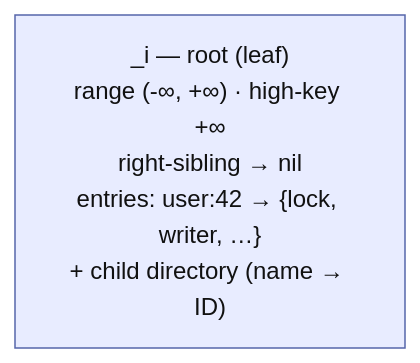
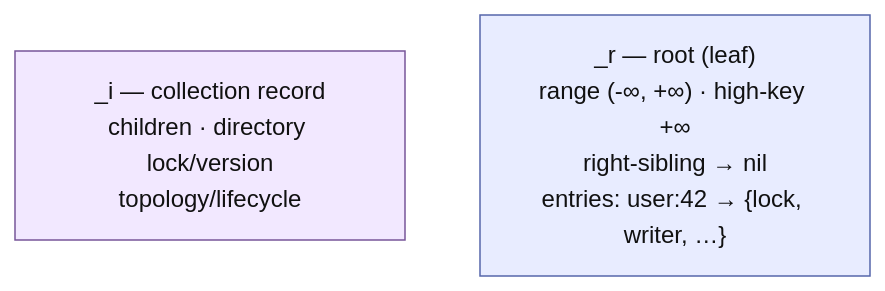
One commit to mbrt/glassdb-rs changed the first of 5 diagrams in docs/designs/dynamic-range-sharding.md. Above: the diagram before and after it, drawn with Mermaid. The commit also changed other lines of this file and 33 other files, not shown here.

Commit message:
Refactor: Separate out collection record

````diff
--- a/docs/designs/dynamic-range-sharding.md
+++ b/docs/designs/dynamic-range-sharding.md
@@ -137,7 +139,10 @@
 ```mermaid
 graph TD
-    Root["_i — root (leaf)<br/>range (-∞, +∞) · high-key +∞<br/>right-sibling → nil<br/>entries: user:42 → {lock, writer, …}<br/>+ child directory (name → ID)"]
+    Record["_i — collection record<br/>children · directory lock/version<br/>topology/lifecycle"]
+    Root["_r — root (leaf)<br/>range (-∞, +∞) · high-key +∞<br/>right-sibling → nil<br/>entries: user:42 → {lock, writer, …}"]
 
+    classDef record fill:#f2e8ff,stroke:#775599,color:#111
     classDef root fill:#e8ecff,stroke:#5566aa,color:#111
+    class Record record
     class Root root
 ```
````
